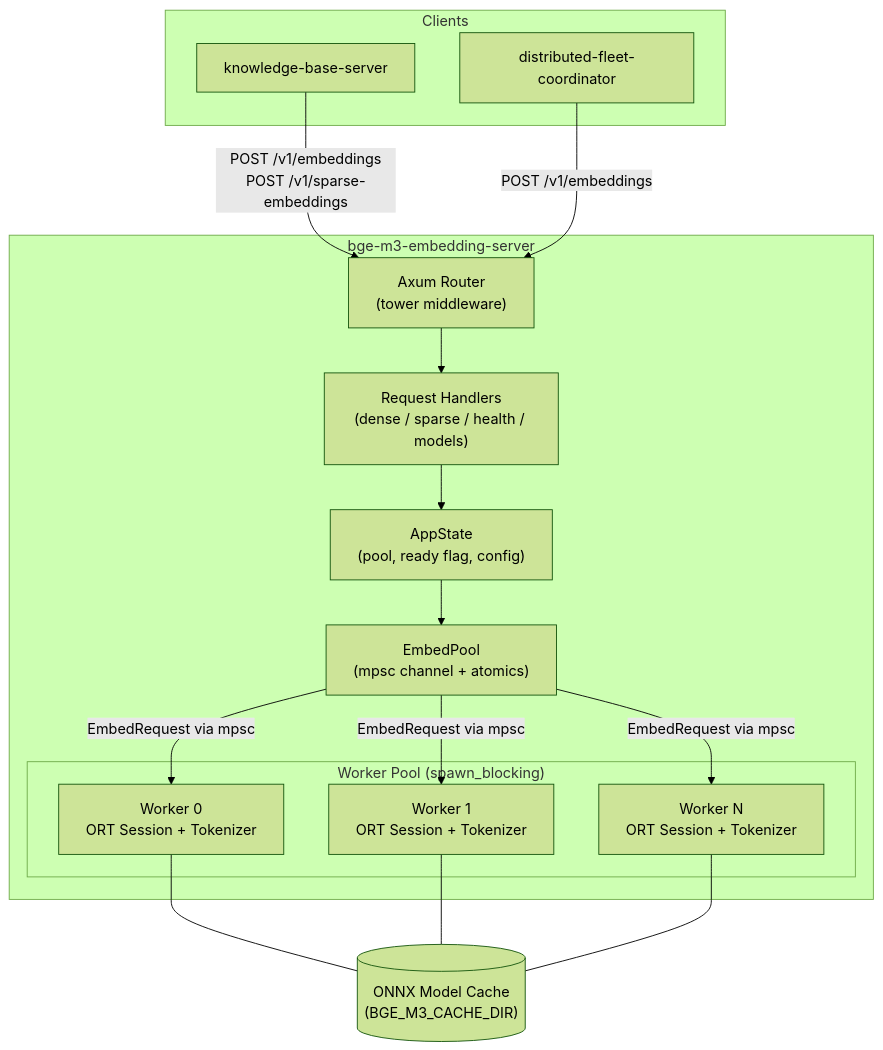
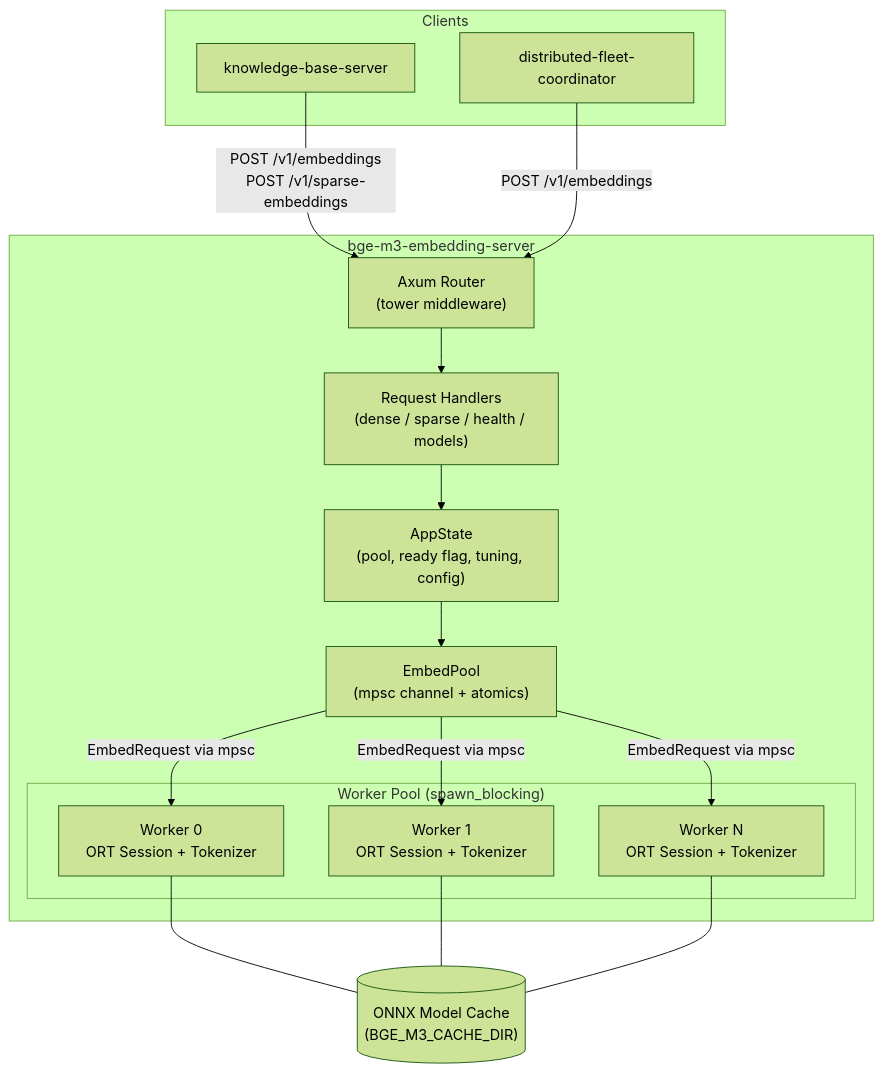
Before and after one commit to Fulton-Engineering-Services/bge-m3-embedding-server: the first of 5 diagrams in docs/architecture.md, drawn with Mermaid (forest theme). The commit also changed other lines of this file and 32 other files, not shown here.

````diff
--- a/docs/architecture.md
+++ b/docs/architecture.md
@@ -11,34 +11,34 @@
 ```mermaid
 graph TB
     subgraph Clients
         KnowledgeBase["knowledge-base-server"]
         Coordinator["distributed-fleet-coordinator"]
     end
 
     subgraph "bge-m3-embedding-server"
         Router["Axum Router<br/>(tower middleware)"]
         Handlers["Request Handlers<br/>(dense / sparse / health / models)"]
-        AppState["AppState<br/>(pool, ready flag, config)"]
+        AppState["AppState<br/>(pool, ready flag, tuning, config)"]
         Pool["EmbedPool<br/>(mpsc channel + atomics)"]
 
         subgraph "Worker Pool (spawn_blocking)"
             W0["Worker 0<br/>ORT Session + Tokenizer"]
             W1["Worker 1<br/>ORT Session + Tokenizer"]
             Wn["Worker N<br/>ORT Session + Tokenizer"]
         end
     end
 
     Cache[("ONNX Model Cache<br/>(BGE_M3_CACHE_DIR)")]
 
     KnowledgeBase -->|"POST /v1/embeddings<br/>POST /v1/sparse-embeddings"| Router
     Coordinator -->|"POST /v1/embeddings"| Router
     Router --> Handlers
     Handlers --> AppState
     AppState --> Pool
     Pool -->|"EmbedRequest via mpsc"| W0
     Pool -->|"EmbedRequest via mpsc"| W1
     Pool -->|"EmbedRequest via mpsc"| Wn
     W0 --- Cache
     W1 --- Cache
     Wn --- Cache
 ```
````
